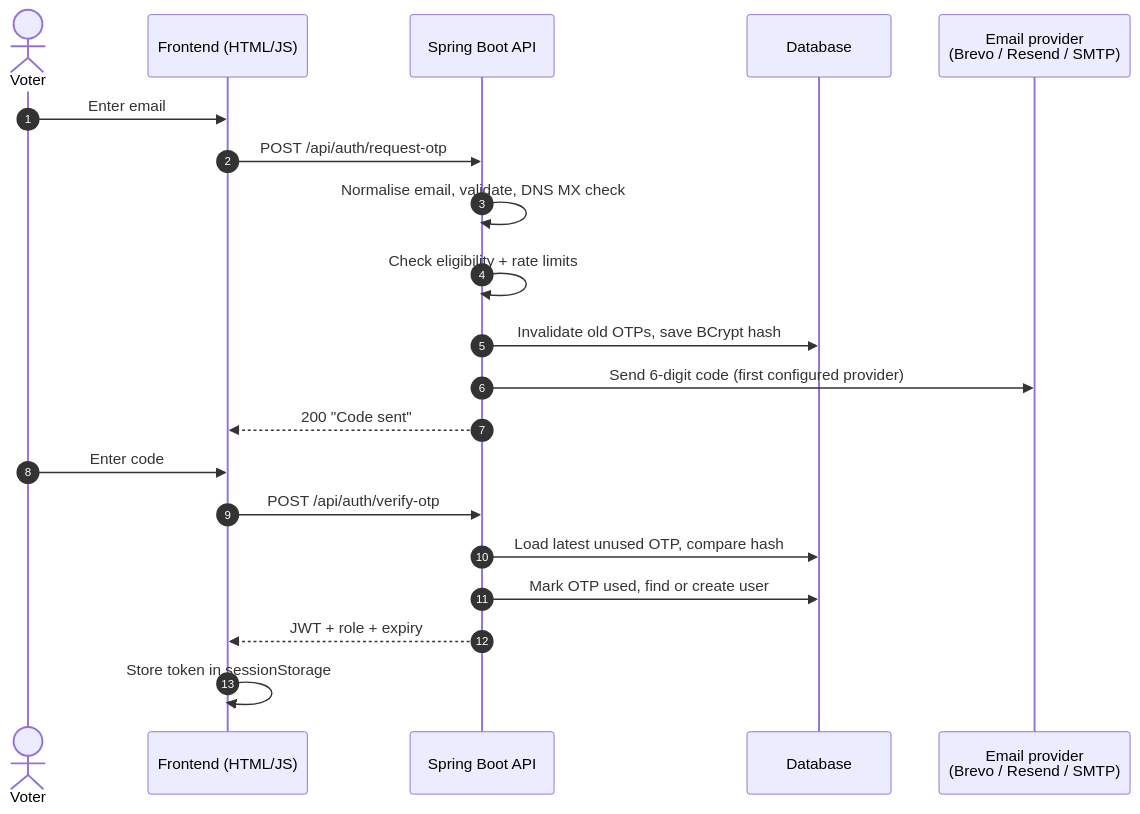
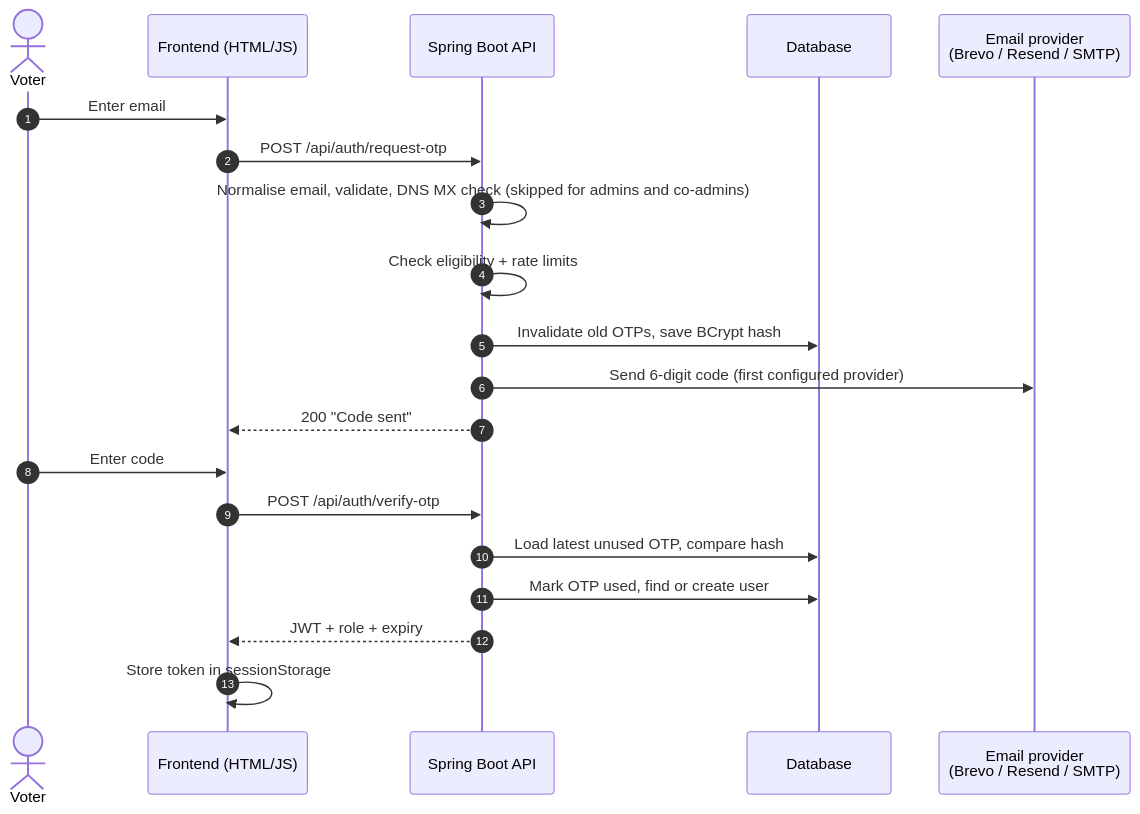
The second of 6 diagrams in README.md (itz-Arun-001/online_voting_system), drawn with Mermaid before and after one commit. The commit also changed other lines of this file and 1 other file, not shown here.

Commit message:
Update README: co-admins, applications, announcements, receipts

````diff
--- a/README.md
+++ b/README.md
@@ -98,23 +106,23 @@
 ```mermaid
 sequenceDiagram
     autonumber
     actor V as Voter
     participant FE as Frontend (HTML/JS)
     participant API as Spring Boot API
     participant DB as Database
     participant SMTP as Email provider<br/>(Brevo / Resend / SMTP)
 
     V->>FE: Enter email
     FE->>API: POST /api/auth/request-otp
-    API->>API: Normalise email, validate, DNS MX check
+    API->>API: Normalise email, validate, DNS MX check (skipped for admins and co-admins)
     API->>API: Check eligibility + rate limits
     API->>DB: Invalidate old OTPs, save BCrypt hash
     API->>SMTP: Send 6-digit code (first configured provider)
     API-->>FE: 200 "Code sent"
     V->>FE: Enter code
     FE->>API: POST /api/auth/verify-otp
     API->>DB: Load latest unused OTP, compare hash
     API->>DB: Mark OTP used, find or create user
     API-->>FE: JWT + role + expiry
     FE->>FE: Store token in sessionStorage
 ```
````
